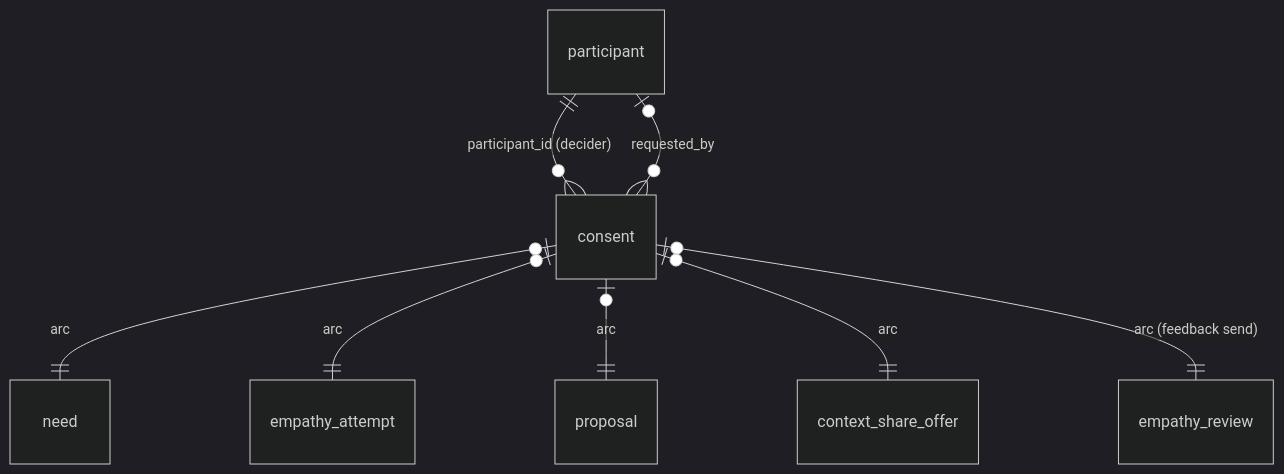
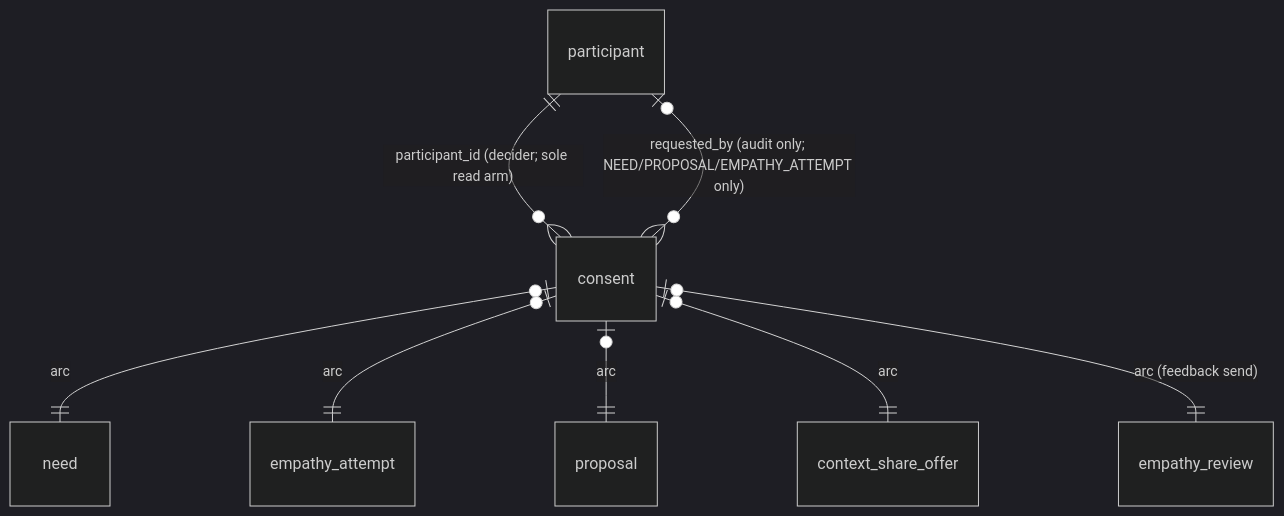
The third of 8 diagrams in docs/backend/data-model/schema-target-2026-10.md (phyrworks/meet-without-fear), drawn with Mermaid (dark theme) before and after one commit. The commit also changed other lines of this file, not shown here.

Commit message:
docs: target schema — adversarial revision (need_share split, revealed_at subject arm, consent arc only, definer helpers, key classes, Prisma 7.10 facts)

````diff
--- a/docs/backend/data-model/schema-target-2026-10.md
+++ b/docs/backend/data-model/schema-target-2026-10.md
@@ -851,10 +875,10 @@
 ```mermaid
 erDiagram
-    participant ||--o{ consent : "participant_id (decider)"
-    participant |o--o{ consent : "requested_by"
+    participant ||--o{ consent : "participant_id (decider; sole read arm)"
+    participant |o--o{ consent : "requested_by (audit only; NEED/PROPOSAL/EMPATHY_ATTEMPT only)"
     consent |o--|| need : "arc"
     consent |o--|| empathy_attempt : "arc"
     consent |o--|| proposal : "arc"
     consent |o--|| context_share_offer : "arc"
     consent |o--|| empathy_review : "arc (feedback send)"
 ```
````
